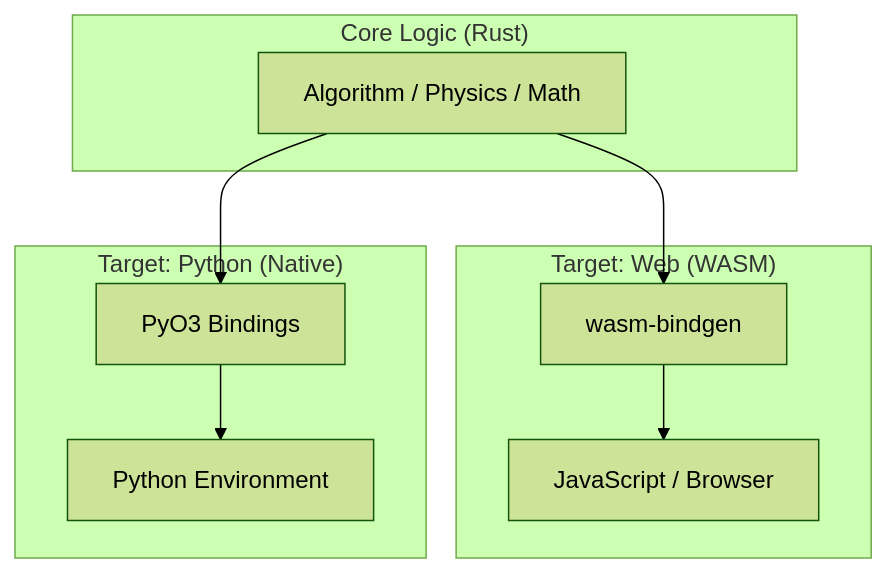
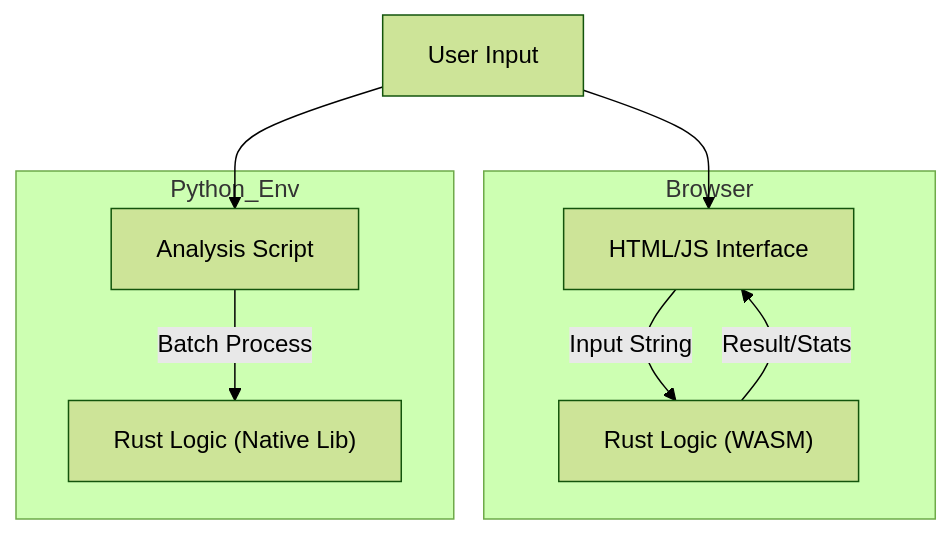
One commit to Funmatu/rusty-pad changed the diagram in README.md. Above: the diagram before and after it, drawn with Mermaid (forest theme). The commit also changed other lines of this file and 9 other files, not shown here.

First line of the commit message:
feat: initialize rusty-pad with dual-runtime architecture

````diff
--- a/README.md
+++ b/README.md
@@ -18,18 +18,21 @@
 ```mermaid
 graph TD
-    subgraph "Core Logic (Rust)"
-        Alg[Algorithm / Physics / Math]
+    User[User Input]
+    
+    subgraph Browser
+        UI[HTML/JS Interface]
+        WASM["Rust Logic (WASM)"]
+        UI -->|Input String| WASM
+        WASM -->|Result/Stats| UI
     end
+    
+    subgraph Python_Env
+        Script[Analysis Script]
+        Native["Rust Logic (Native Lib)"]
+        Script -->|Batch Process| Native
+    end
+    
+    User --> UI
+    User --> Script
 
-    subgraph "Target: Web (WASM)"
-        WB[wasm-bindgen]
-        JS[JavaScript / Browser]
-        Alg --> WB --> JS
-    end
-
-    subgraph "Target: Python (Native)"
-        PyO3[PyO3 Bindings]
-        Py[Python Environment]
-        Alg --> PyO3 --> Py
-    end
 ```
````
